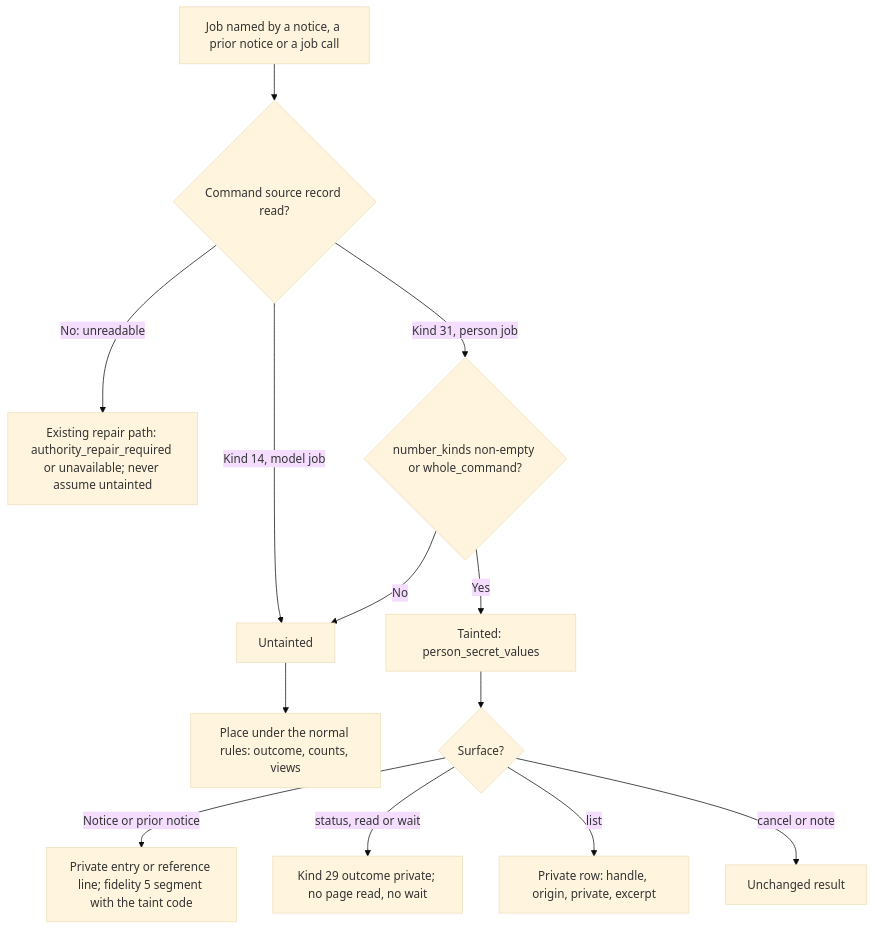
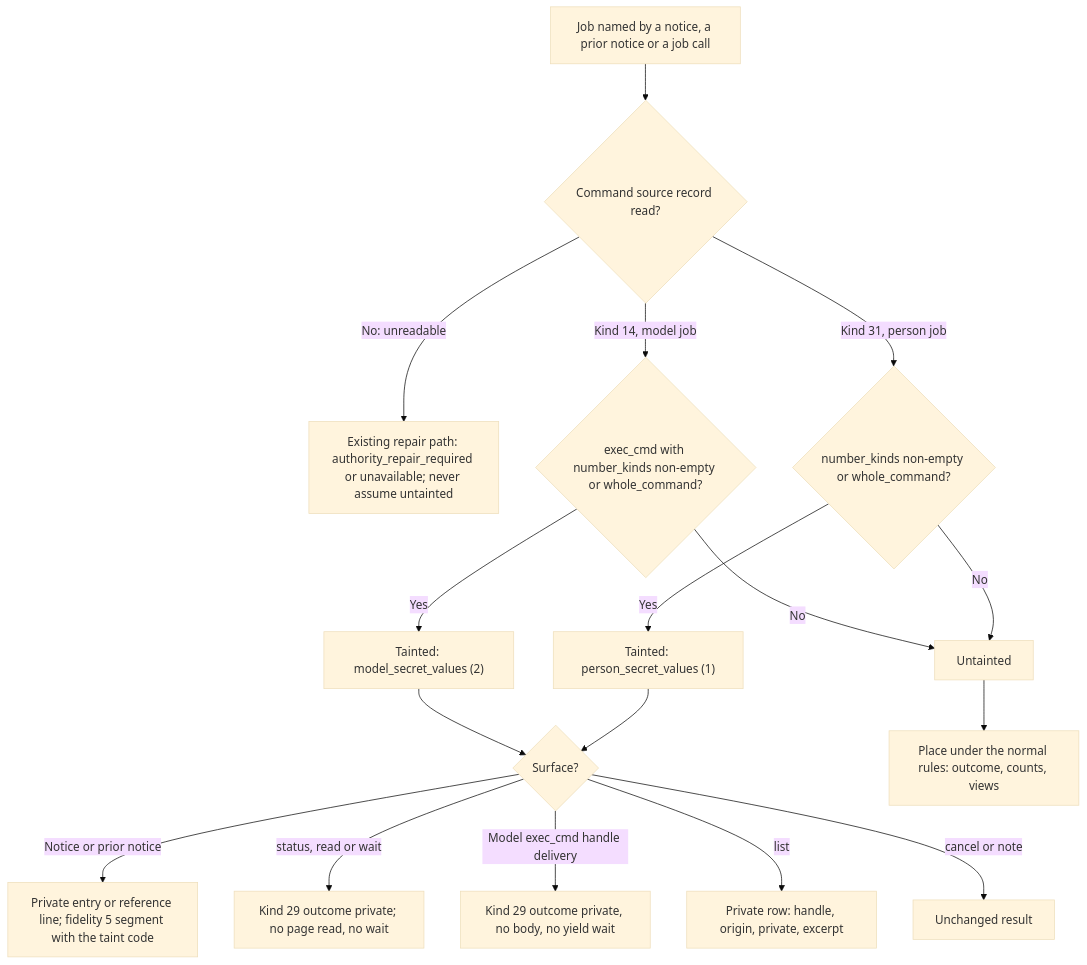
One commit to pidster/asura changed the sixth of 9 diagrams in docs/designs/context-composer.md. Above: the diagram before and after it, drawn with Mermaid (base theme). The commit also changed other lines of this file and 9 other files, not shown here.

````diff
--- a/docs/designs/context-composer.md
+++ b/docs/designs/context-composer.md
@@ -798,15 +815,19 @@
 ```mermaid
 flowchart TD
     Job["Job named by a notice, a prior notice or a job call"] --> Src{"Command source record read?"}
     Src -->|"No: unreadable"| Repair["Existing repair path: authority_repair_required or unavailable; never assume untainted"]
-    Src -->|"Kind 14, model job"| Clean["Untainted"]
+    Src -->|"Kind 14, model job"| MVars{"exec_cmd with number_kinds non-empty or whole_command?"}
+    MVars -->|No| Clean["Untainted"]
+    MVars -->|Yes| MTaint["Tainted: model_secret_values (2)"]
     Src -->|"Kind 31, person job"| Vars{"number_kinds non-empty or whole_command?"}
     Vars -->|No| Clean
-    Vars -->|Yes| Taint["Tainted: person_secret_values"]
+    Vars -->|Yes| Taint["Tainted: person_secret_values (1)"]
+    MTaint --> Surface
     Clean --> Place["Place under the normal rules: outcome, counts, views"]
     Taint --> Surface{"Surface?"}
     Surface -->|"Notice or prior notice"| Excl["Private entry or reference line; fidelity 5 segment with the taint code"]
     Surface -->|"status, read or wait"| Priv["Kind 29 outcome private; no page read, no wait"]
+    Surface -->|"Model exec_cmd handle delivery"| Deliver["Kind 29 outcome private, no body, no yield wait"]
     Surface -->|"list"| Row["Private row: handle, origin, private, excerpt"]
     Surface -->|"cancel or note"| Same["Unchanged result"]
 ```
````
